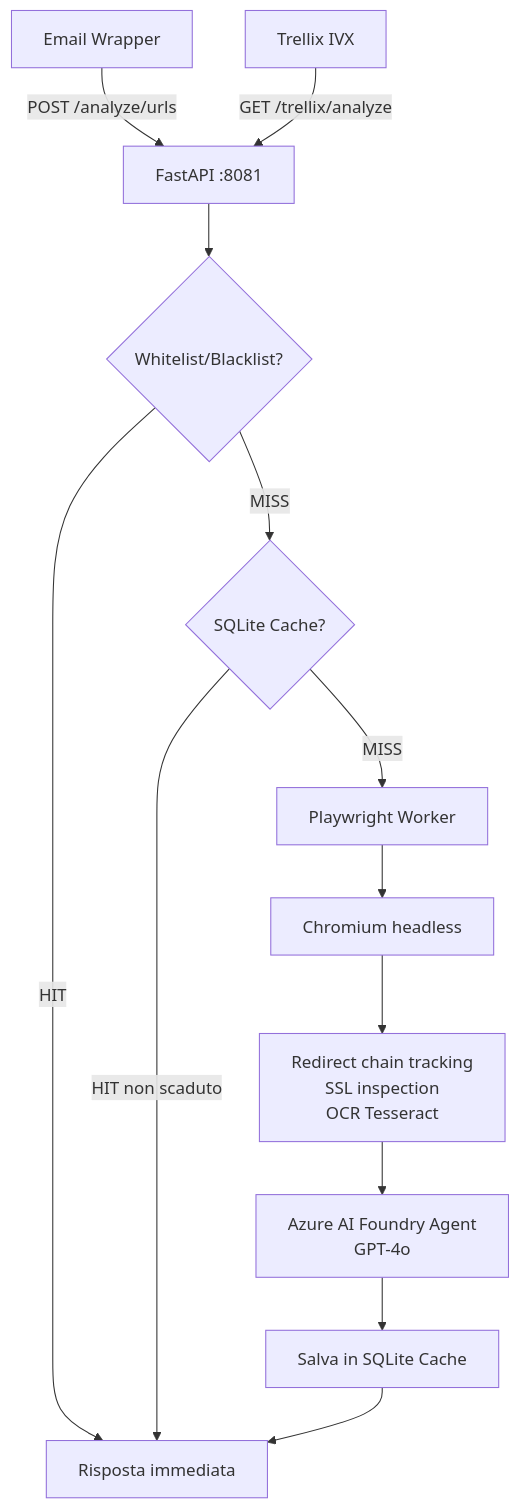
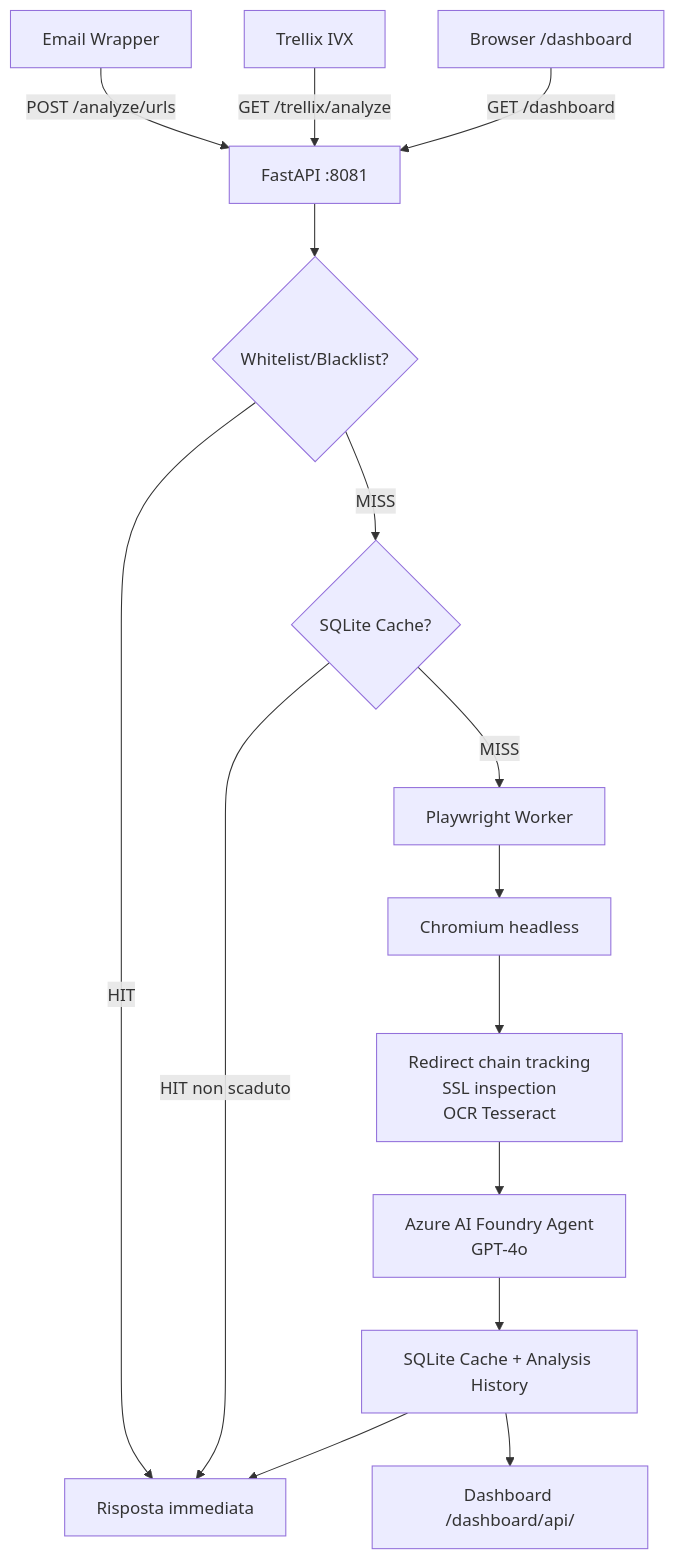
The first of 3 diagrams in docs/IntelIVX - URL Analyzer.md (AxelSecurity/IntelIVX), drawn with Mermaid before and after one commit. The commit also changed other lines of this file, not shown here.

Commit message:
Update Obsidian note: add Web Dashboard section and analysis history

````diff
--- a/docs/IntelIVX - URL Analyzer.md
+++ b/docs/IntelIVX - URL Analyzer.md
@@ -62,15 +65,17 @@
 ```mermaid
 graph TD
     A[Email Wrapper] -->|POST /analyze/urls| B[FastAPI :8081]
     C[Trellix IVX] -->|GET /trellix/analyze| B
+    P[Browser /dashboard] -->|GET /dashboard| B
     B --> D{Whitelist/Blacklist?}
     D -->|HIT| E[Risposta immediata]
     D -->|MISS| F{SQLite Cache?}
     F -->|HIT non scaduto| E
     F -->|MISS| G[Playwright Worker]
     G --> H[Chromium headless]
     H --> I[Redirect chain tracking<br/>SSL inspection<br/>OCR Tesseract]
     I --> J[Azure AI Foundry Agent<br/>GPT-4o]
-    J --> K[Salva in SQLite Cache]
+    J --> K[SQLite Cache + Analysis History]
     K --> E
+    K --> Q[Dashboard /dashboard/api/]
 ```
````
